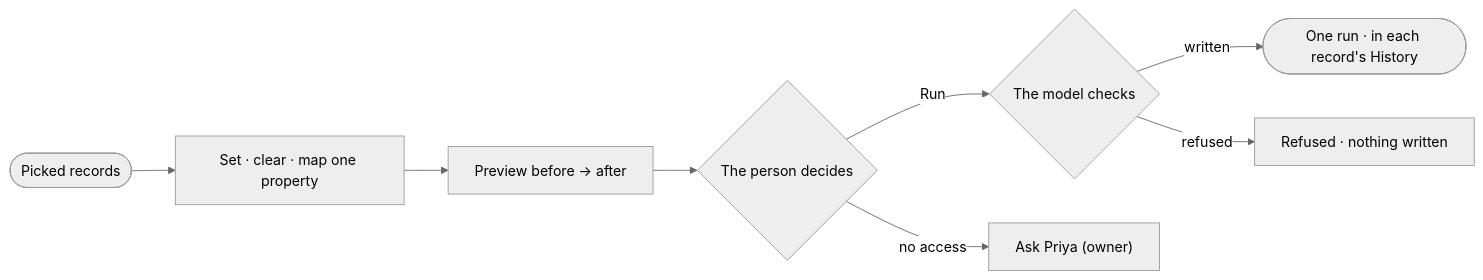
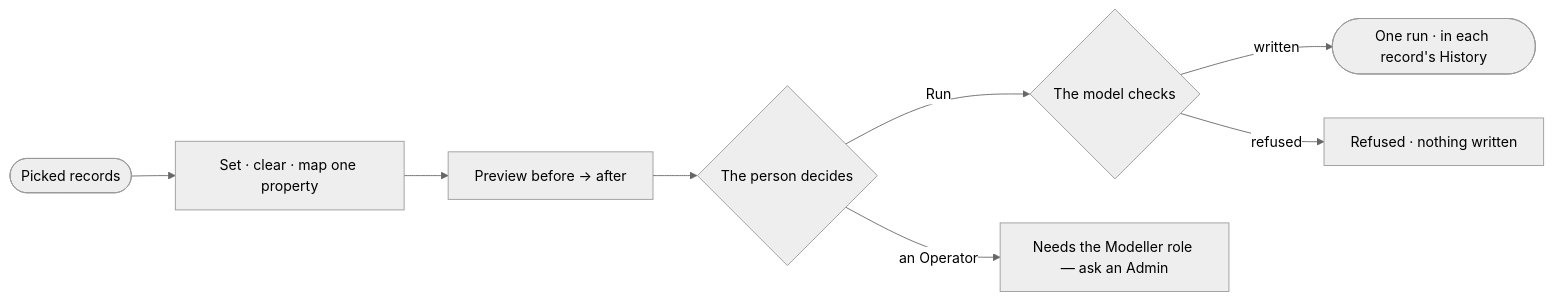
One commit to invana/invana changed the diagram in specs/capabilities/records/features/RC-F04-bulk-fixes/stories/RC-03-fix-many-records-at-once/story.md. Above: the diagram before and after it, drawn with Mermaid (neutral theme). The commit also changed other lines of this file and 300 other files, not shown here.

````diff
--- a/specs/capabilities/records/features/RC-F04-bulk-fixes/stories/RC-03-fix-many-records-at-once/story.md
+++ b/specs/capabilities/records/features/RC-F04-bulk-fixes/stories/RC-03-fix-many-records-at-once/story.md
@@ -25,9 +27,9 @@
 ```mermaid
 flowchart LR
   a([Picked records]) --> c[Set · clear · map one property] --> p[Preview before → after]
   p --> d{The person decides}
   d -->|Run| r{The model checks}
   r -->|written| ok([One run · in each record's History])
   r -->|refused| no[Refused · nothing written]
-  d -->|no access| x["Ask Priya (owner)"]
+  d -->|an Operator| x["Needs the Modeller role — ask an Admin"]
 ```
````
